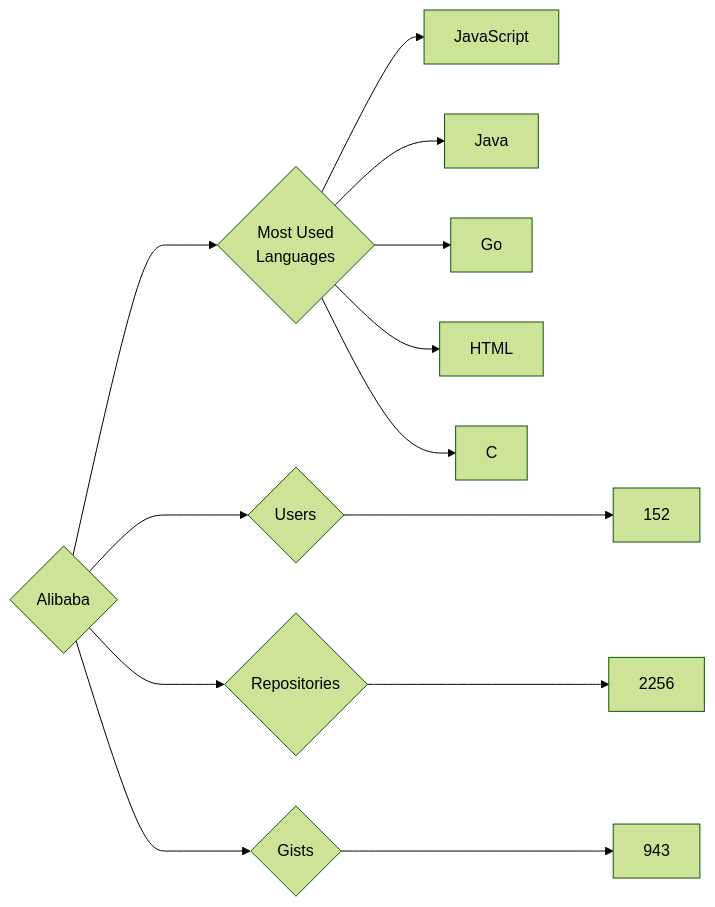
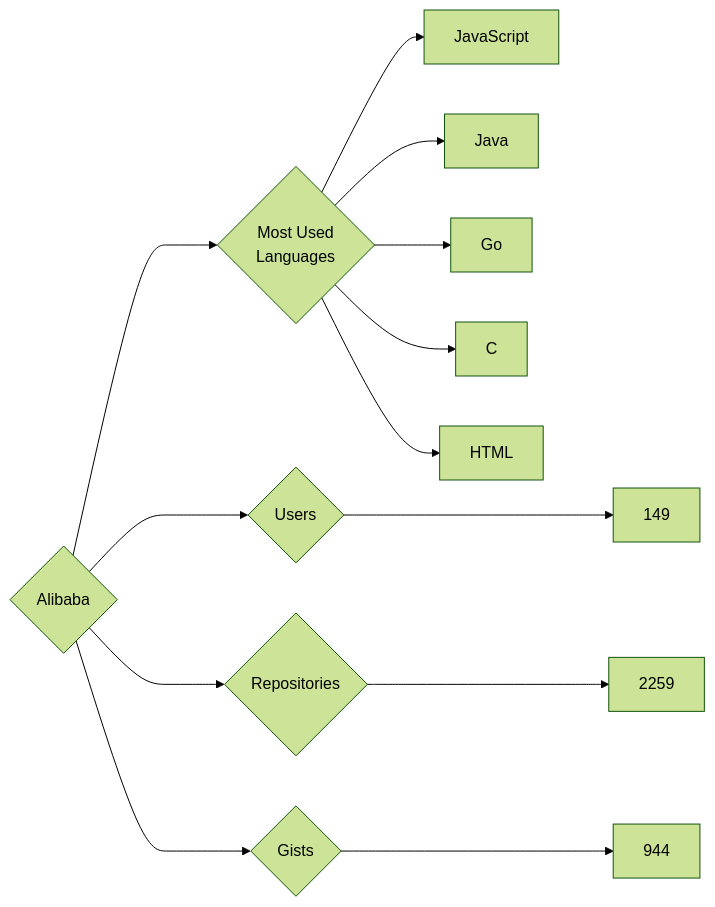
The diagram in targets/Alibaba/README.md (trickest/insiders), drawn with Mermaid (forest theme) before and after one commit. The commit also changed 629 other files, not shown here.

````diff
--- a/targets/Alibaba/README.md
+++ b/targets/Alibaba/README.md
@@ -3,13 +3,13 @@
 ```mermaid
 graph LR
 COMPANY_NAME{Alibaba}
-COMPANY_NAME ---> U{Users} ---> UN[152]
-COMPANY_NAME ---> R{Repositories} ---> RN[2256]
-COMPANY_NAME ---> G{Gists} ---> GN[943]
+COMPANY_NAME ---> U{Users} ---> UN[149]
+COMPANY_NAME ---> R{Repositories} ---> RN[2259]
+COMPANY_NAME ---> G{Gists} ---> GN[944]
 COMPANY_NAME ---> ML{Most Used<br>Languages}
 ML --> JavaScript[JavaScript]
 ML --> Java[Java]
 ML --> Go[Go]
+ML --> C[C]
 ML --> HTML[HTML]
-ML --> C[C]
 ```
````
